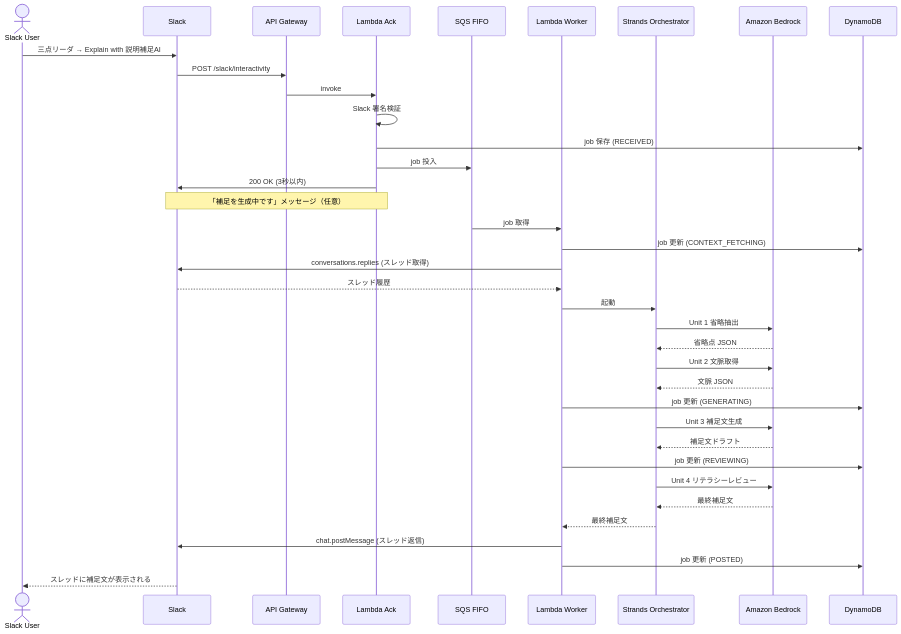
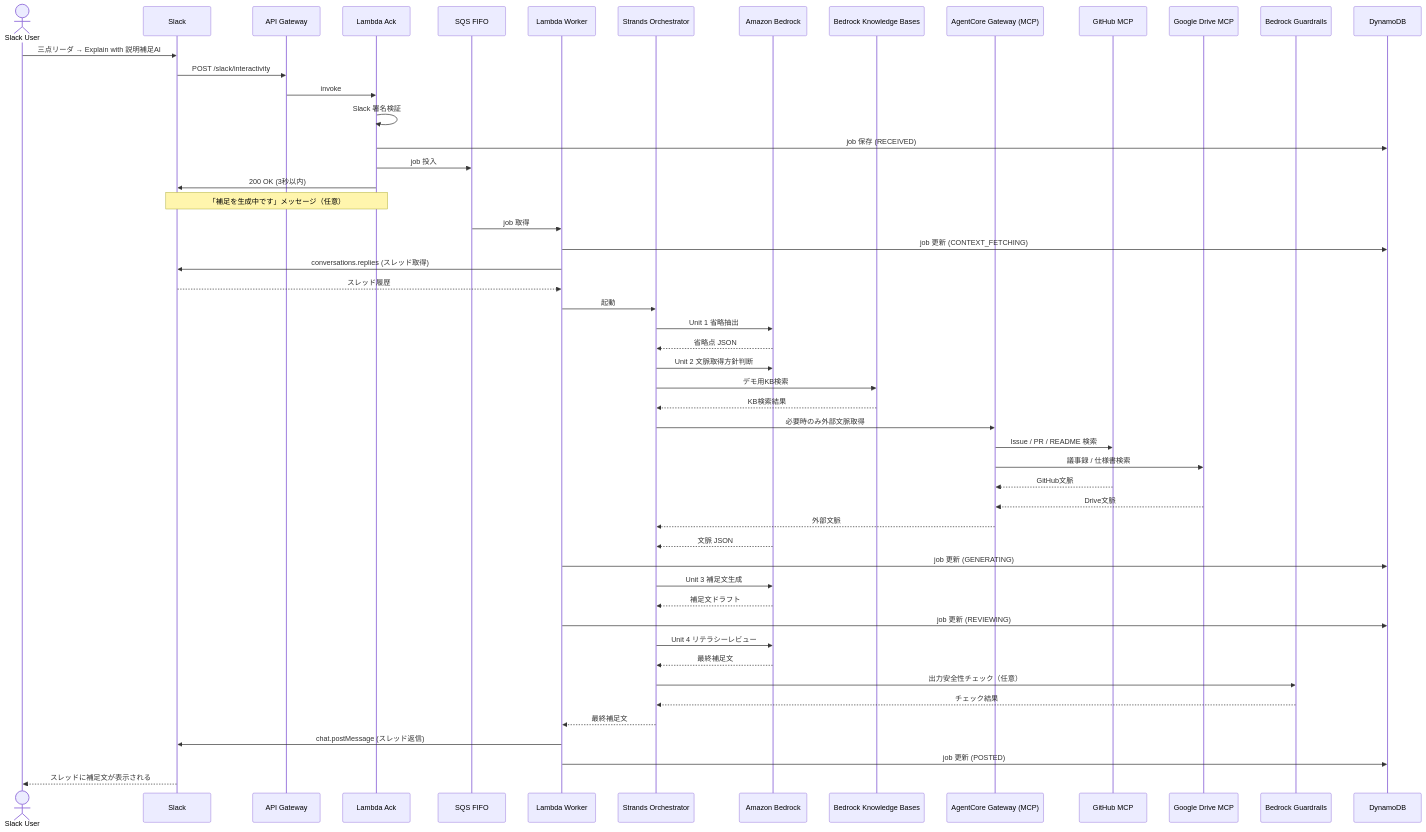
The second of 3 diagrams in docs/03_architecture.md (taku-arsenal/context-butler), drawn with Mermaid before and after one commit. The commit also changed other lines of this file and 3 other files, not shown here.

Commit message:
Revise MCP architecture diagram

````diff
--- a/docs/03_architecture.md
+++ b/docs/03_architecture.md
@@ -250,43 +262,58 @@
 ```mermaid
 sequenceDiagram
   actor User as Slack User
   participant Slack as Slack
   participant APIGW as API Gateway
   participant AckLambda as Lambda Ack
   participant SQS as SQS FIFO
   participant Worker as Lambda Worker
   participant Orchestrator as Strands Orchestrator
   participant Bedrock as Amazon Bedrock
+  participant KB as Bedrock Knowledge Bases
+  participant MCP as AgentCore Gateway (MCP)
+  participant GitHub as GitHub MCP
+  participant Drive as Google Drive MCP
+  participant Guardrails as Bedrock Guardrails
   participant DDB as DynamoDB
 
   User->>Slack: 三点リーダ → Explain with 説明補足AI
   Slack->>APIGW: POST /slack/interactivity
   APIGW->>AckLambda: invoke
   AckLambda->>AckLambda: Slack 署名検証
   AckLambda->>DDB: job 保存 (RECEIVED)
   AckLambda->>SQS: job 投入
   AckLambda->>Slack: 200 OK (3秒以内)
   Note over AckLambda,Slack: 「補足を生成中です」メッセージ（任意）
 
   SQS->>Worker: job 取得
   Worker->>DDB: job 更新 (CONTEXT_FETCHING)
   Worker->>Slack: conversations.replies (スレッド取得)
   Slack-->>Worker: スレッド履歴
 
   Worker->>Orchestrator: 起動
   Orchestrator->>Bedrock: Unit 1 省略抽出
   Bedrock-->>Orchestrator: 省略点 JSON
-  Orchestrator->>Bedrock: Unit 2 文脈取得
+  Orchestrator->>Bedrock: Unit 2 文脈取得方針判断
+  Orchestrator->>KB: デモ用KB検索
+  KB-->>Orchestrator: KB検索結果
+  Orchestrator->>MCP: 必要時のみ外部文脈取得
+  MCP->>GitHub: Issue / PR / README 検索
+  MCP->>Drive: 議事録 / 仕様書検索
+  GitHub-->>MCP: GitHub文脈
+  Drive-->>MCP: Drive文脈
+  MCP-->>Orchestrator: 外部文脈
   Bedrock-->>Orchestrator: 文脈 JSON
   Worker->>DDB: job 更新 (GENERATING)
   Orchestrator->>Bedrock: Unit 3 補足文生成
   Bedrock-->>Orchestrator: 補足文ドラフト
   Worker->>DDB: job 更新 (REVIEWING)
   Orchestrator->>Bedrock: Unit 4 リテラシーレビュー
   Bedrock-->>Orchestrator: 最終補足文
+  Orchestrator->>Guardrails: 出力安全性チェック（任意）
+  Guardrails-->>Orchestrator: チェック結果
 
   Orchestrator-->>Worker: 最終補足文
   Worker->>Slack: chat.postMessage (スレッド返信)
   Worker->>DDB: job 更新 (POSTED)
   Slack-->>User: スレッドに補足文が表示される
 ```
````
